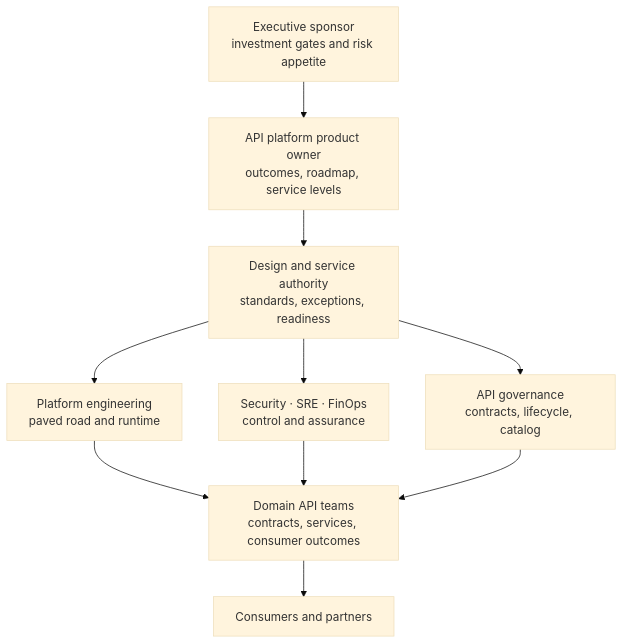
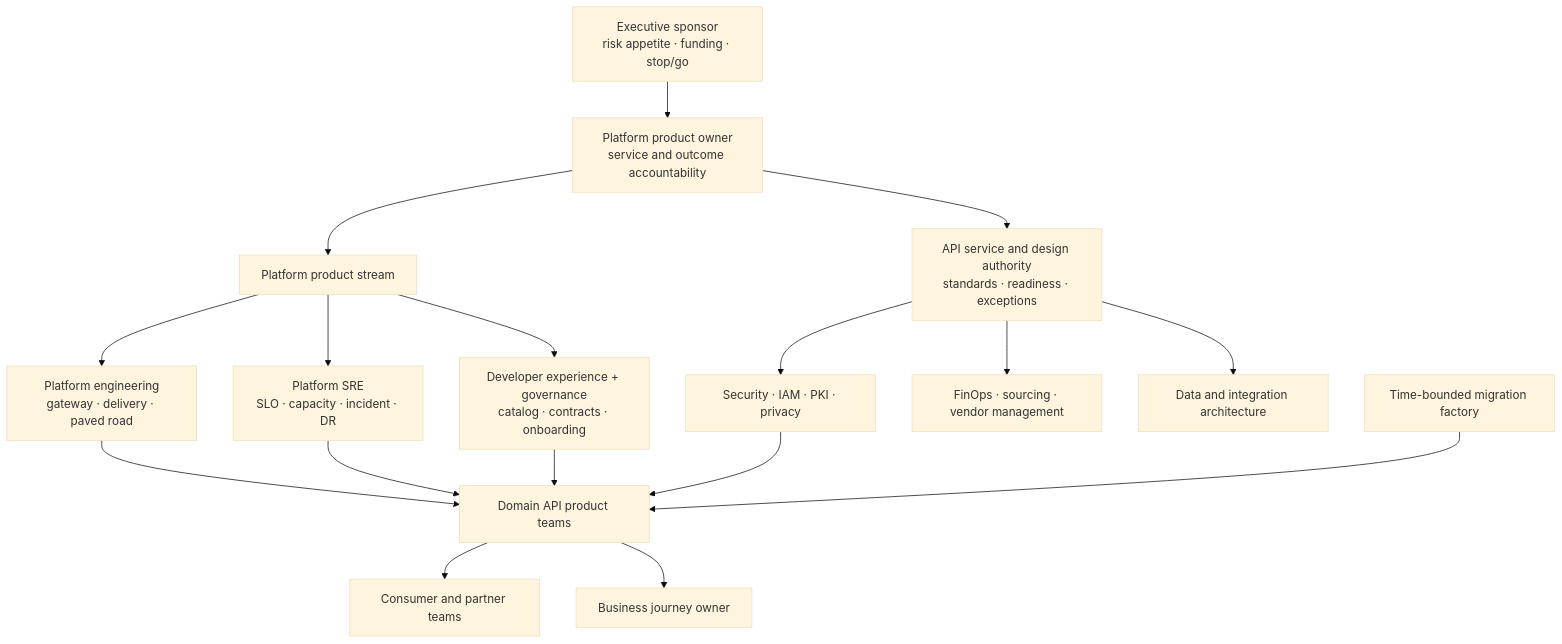
Before and after one commit to tomqwu/apim: the first of 3 diagrams in docs/33-operating-model.md, drawn with Mermaid (base theme). The commit also changed other lines of this file and 85 other files, not shown here.

Commit message:
Deepen API management studies and decision evidence

````diff
--- a/docs/33-operating-model.md
+++ b/docs/33-operating-model.md
@@ -20,12 +47,19 @@
 ```mermaid
 flowchart TB
-  SP["Executive sponsor<br/>investment gates and risk appetite"] --> PO["API platform product owner<br/>outcomes, roadmap, service levels"]
-  PO --> DA["Design and service authority<br/>standards, exceptions, readiness"]
-  DA --> PE["Platform engineering<br/>paved road and runtime"]
-  DA --> CTL["Security · SRE · FinOps<br/>control and assurance"]
-  DA --> GOV["API governance<br/>contracts, lifecycle, catalog"]
-  PE --> DOM["Domain API teams<br/>contracts, services, consumer outcomes"]
+  SP["Executive sponsor<br/>risk appetite · funding · stop/go"] --> PPO["Platform product owner<br/>service and outcome accountability"]
+  PPO --> AUTH["API service and design authority<br/>standards · readiness · exceptions"]
+  PPO --> PORT["Platform product stream"]
+  PORT --> ENG["Platform engineering<br/>gateway · delivery · paved road"]
+  PORT --> SRE["Platform SRE<br/>SLO · capacity · incident · DR"]
+  PORT --> DX["Developer experience + governance<br/>catalog · contracts · onboarding"]
+  AUTH --> CTL["Security · IAM · PKI · privacy"]
+  AUTH --> FIN["FinOps · sourcing · vendor management"]
+  AUTH --> DATA["Data and integration architecture"]
+  ENG --> DOM["Domain API product teams"]
+  SRE --> DOM
+  DX --> DOM
   CTL --> DOM
-  GOV --> DOM
-  DOM --> CON["Consumers and partners"]
+  MIG["Time-bounded migration factory"] --> DOM
+  DOM --> CON["Consumer and partner teams"]
+  DOM --> BUS["Business journey owner"]
 ```
````
